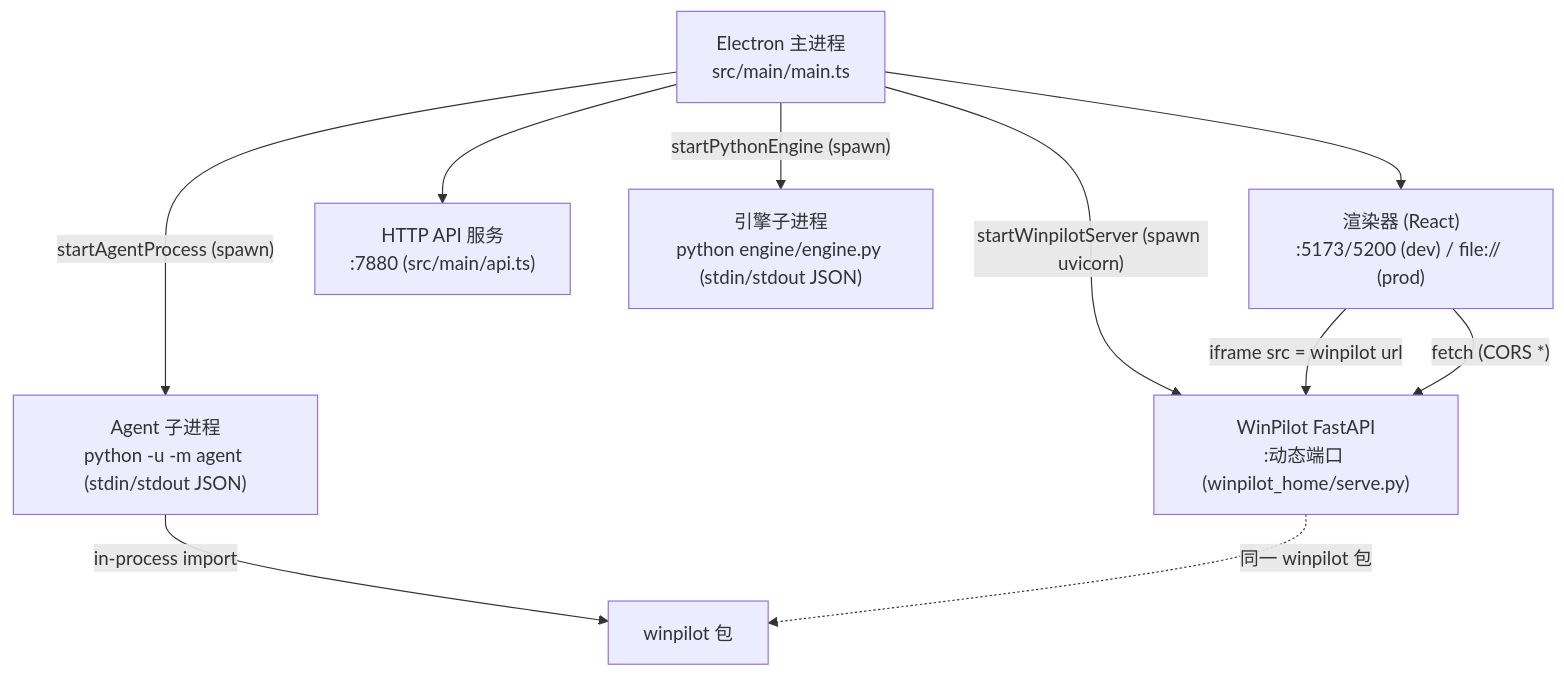
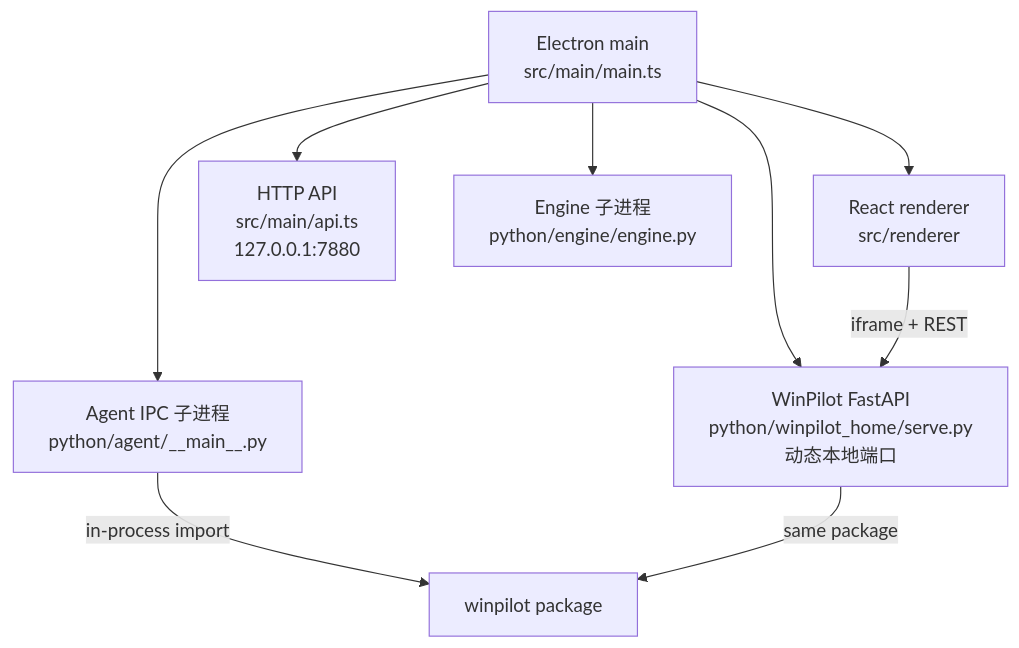
Before and after one commit to zoujiapeng/lingdong-script: the first of 3 diagrams in docs/architecture.md, drawn with Mermaid. The commit also changed other lines of this file and 17 other files, not shown here.

````diff
--- a/docs/architecture.md
+++ b/docs/architecture.md
@@ -42,19 +16,18 @@
 ```mermaid
 flowchart TB
-    main["Electron 主进程<br/>src/main/main.ts"]
-    rend["渲染器 (React)<br/>:5173/5200 (dev) / file:// (prod)"]
-    api["HTTP API 服务<br/>:7880 (src/main/api.ts)"]
-    wp["WinPilot FastAPI<br/>:动态端口 (winpilot_home/serve.py)"]
-    agentipc["Agent 子进程<br/>python -u -m agent (stdin/stdout JSON)"]
-    eng["引擎子进程<br/>python engine/engine.py (stdin/stdout JSON)"]
+    main["Electron main<br/>src/main/main.ts"]
+    renderer["React renderer<br/>src/renderer"]
+    api["HTTP API<br/>src/main/api.ts<br/>127.0.0.1:7880"]
+    wpserver["WinPilot FastAPI<br/>python/winpilot_home/serve.py<br/>动态本地端口"]
+    agentipc["Agent IPC 子进程<br/>python/agent/__main__.py"]
+    engine["Engine 子进程<br/>python/engine/engine.py"]
 
-    main --> rend
-    main -- "startWinpilotServer (spawn uvicorn)" --> wp
-    main -- "startAgentProcess (spawn)" --> agentipc
-    main -- "startPythonEngine (spawn)" --> eng
+    main --> renderer
     main --> api
-    rend -- "iframe src = winpilot url" --> wp
-    rend -- "fetch (CORS *)" --> wp
-    agentipc -- "in-process import" --> wp_pkg["winpilot 包"]
-    wp -.->|"同一 winpilot 包"| wp_pkg
+    main --> wpserver
+    main --> agentipc
+    main --> engine
+    renderer -->|"iframe + REST"| wpserver
+    agentipc -->|"in-process import"| winpilot["winpilot package"]
+    wpserver -->|"same package"| winpilot
 ```
````
